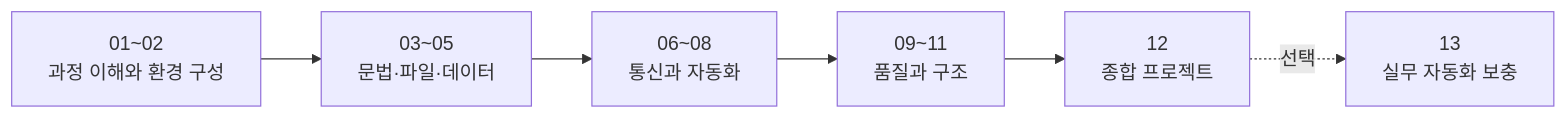
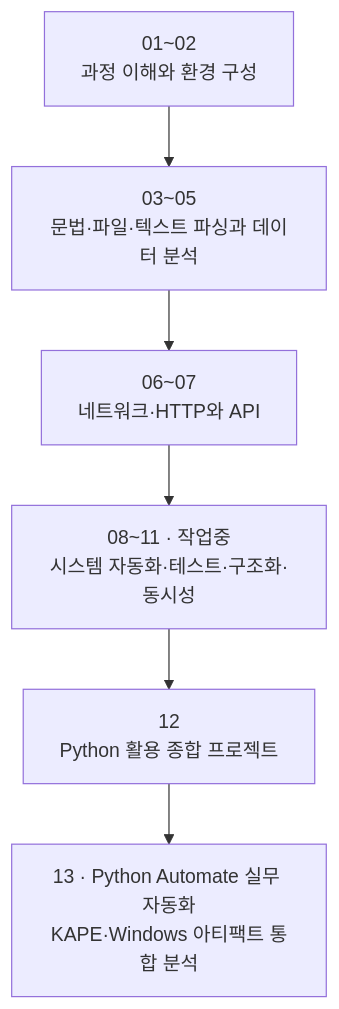
The diagram in 01-python-intro.md (zxz3650/Python), drawn with Mermaid before and after one commit. The commit also changed other lines of this file and 13 other files, not shown here.

````diff
--- a/01-python-intro.md
+++ b/01-python-intro.md
@@ -78,8 +78,8 @@
 ```mermaid
-flowchart LR
-    A["01~02<br/>과정 이해와 환경 구성"] --> B["03~05<br/>문법·파일·데이터"]
-    B --> C["06~08<br/>통신과 자동화"]
-    C --> D["09~11<br/>품질과 구조"]
-    D --> E["12<br/>종합 프로젝트"]
-    E -. 선택 .-> F["13<br/>실무 자동화 보충"]
+flowchart TD
+    A["01~02<br/>과정 이해와 환경 구성"] --> B["03~05<br/>문법·파일·텍스트 파싱과 데이터 분석"]
+    B --> C["06~07<br/>네트워크·HTTP와 API"]
+    C --> D["08~11 · 작업중<br/>시스템 자동화·테스트·구조화·동시성"]
+    D --> E["12<br/>Python 활용 종합 프로젝트"]
+    E --> F["13 · Python Automate 실무 자동화<br/>KAPE·Windows 아티팩트 통합 분석"]
 ```
````
